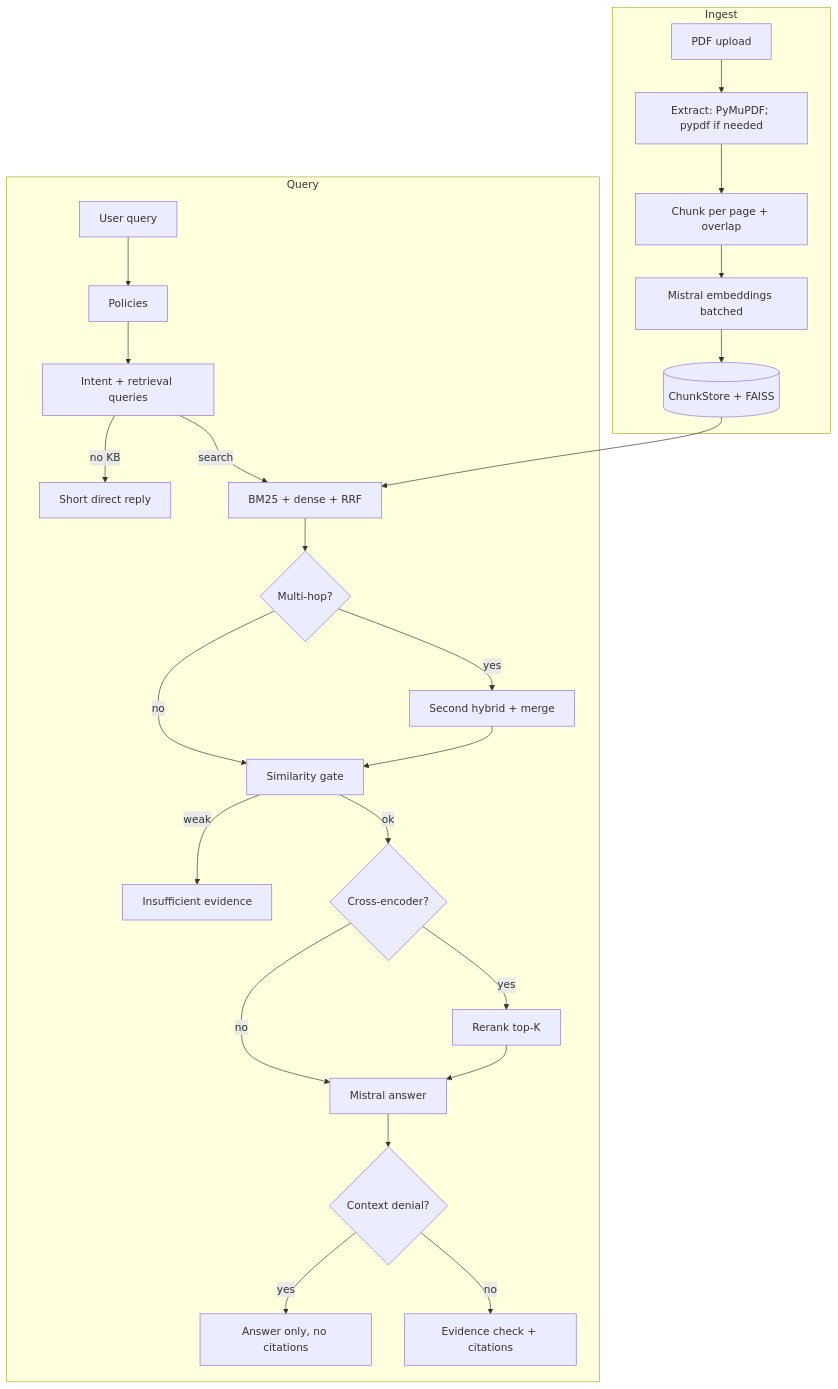
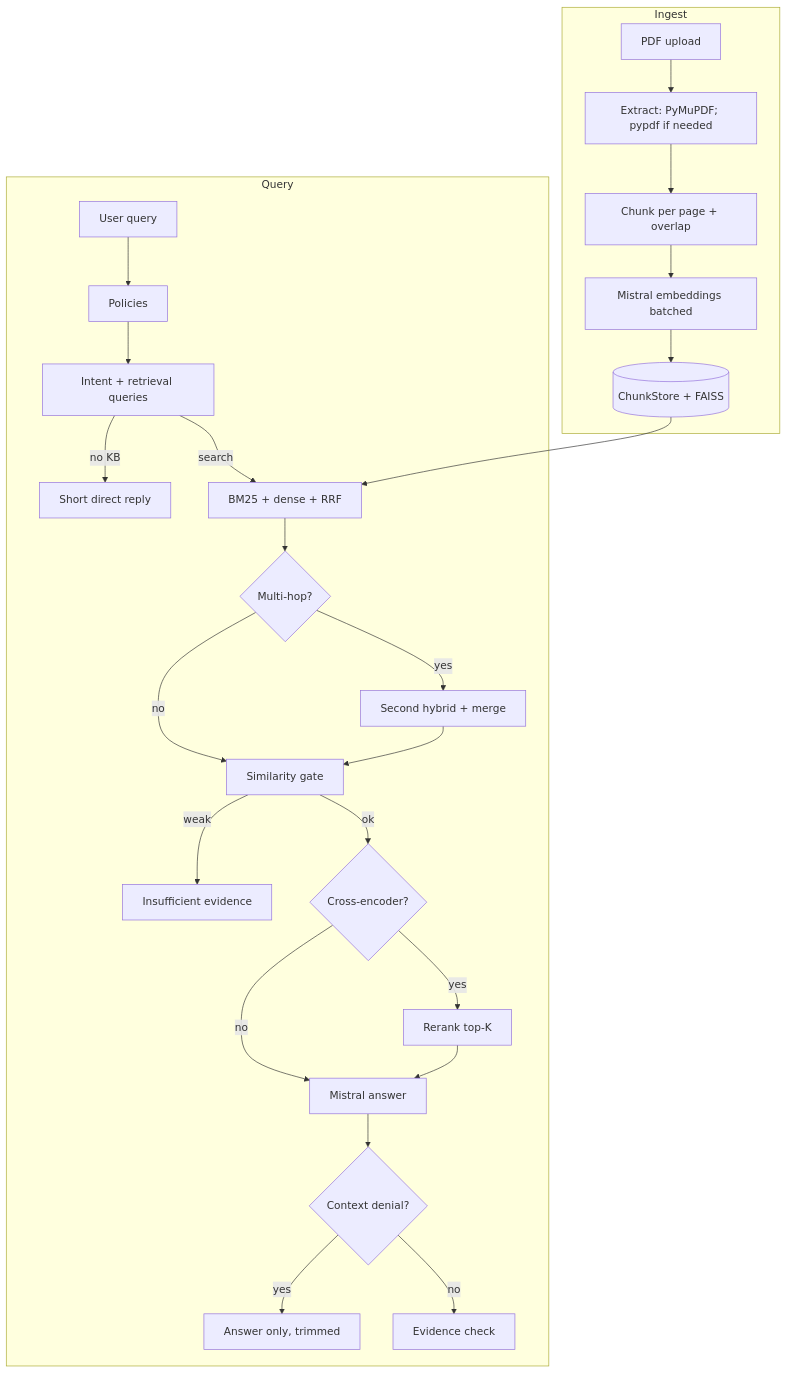
Before and after one commit to colbyesmith/RAG-Pipeline: the diagram in README.md, drawn with Mermaid. The commit also changed other lines of this file and 9 other files, not shown here.

````diff
--- a/README.md
+++ b/README.md
@@ -22,28 +22,28 @@
 ```mermaid
 flowchart TB
   subgraph ingest [Ingest]
     PDF[PDF upload] --> EXT[Extract: PyMuPDF; pypdf if needed]
     EXT --> CH[Chunk per page + overlap]
     CH --> EMB[Mistral embeddings batched]
     EMB --> MEM[(ChunkStore + FAISS)]
   end
   subgraph query [Query]
     Q[User query] --> POL[Policies]
     POL --> INT[Intent + retrieval queries]
     INT -->|no KB| DIR[Short direct reply]
     INT -->|search| HY[BM25 + dense + RRF]
     HY --> MH{Multi-hop?}
     MH -->|yes| HY2[Second hybrid + merge]
     MH -->|no| GATE[Similarity gate]
     HY2 --> GATE
     GATE -->|weak| IE[Insufficient evidence]
     GATE -->|ok| CE{Cross-encoder?}
     CE -->|yes| RERANK[Rerank top-K]
     CE -->|no| GEN[Mistral answer]
     RERANK --> GEN
     GEN --> DENY{Context denial?}
-    DENY -->|yes| OUT1[Answer only, no citations]
-    DENY -->|no| EV[Evidence check + citations]
+    DENY -->|yes| OUT1[Answer only, trimmed]
+    DENY -->|no| EV[Evidence check]
   end
   MEM --> HY
 ```
````
